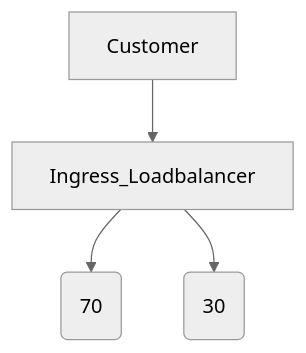
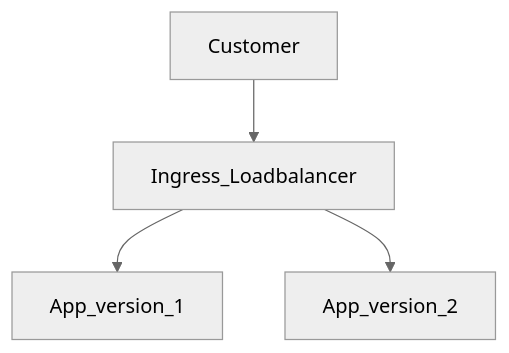
One commit to shkatara/traefik-split-applications changed the diagram in README.md. Above: the diagram before and after it, drawn with Mermaid (neutral theme).

Commit message:
Fix split diagram

````diff
--- a/README.md
+++ b/README.md
@@ -10,6 +10,6 @@
 ```mermaid
 graph TD;
     Customer-->Ingress_Loadbalancer;
-    Ingress_Loadbalancer-->App_version_1(70);
-    Ingress_Loadbalancer-->App_version_2(30);
+    Ingress_Loadbalancer-->App_version_1;
+    Ingress_Loadbalancer-->App_version_2;
 ```
````
